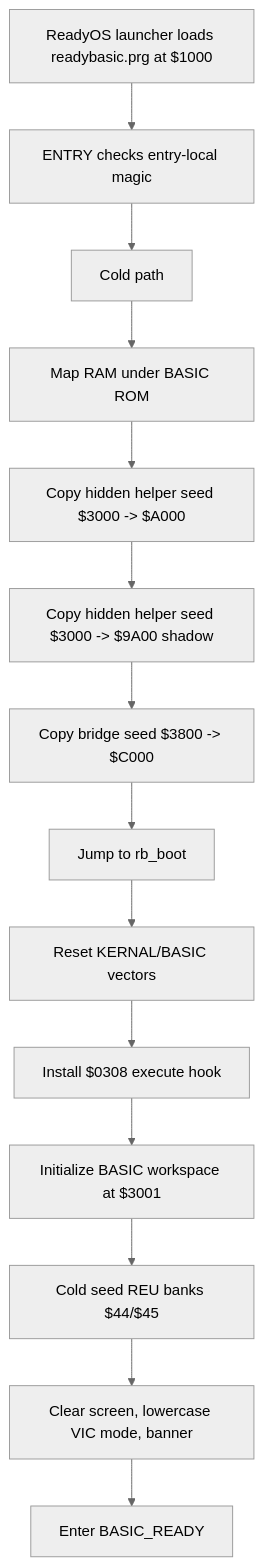
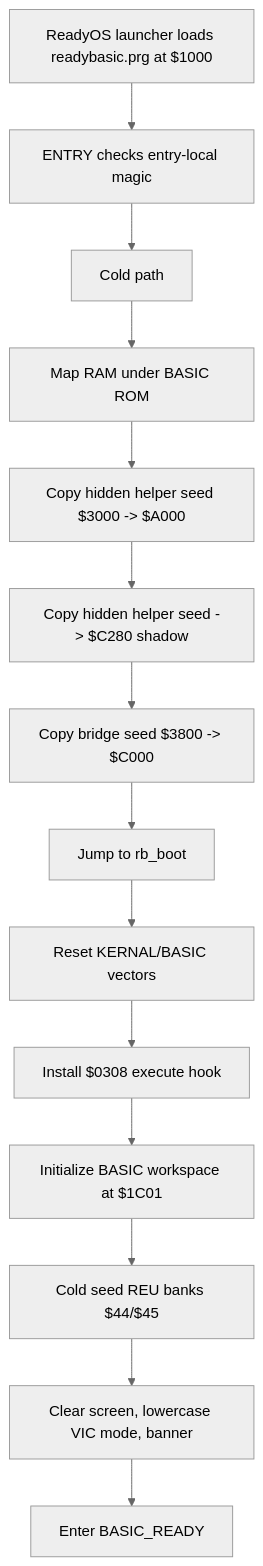
Before and after one commit to 123Onetwothree123/6502: the fourth of 8 diagrams in src/apps/readybasic/READYBASIC_LIFECYCLE_AND_REU_ARCHITECTURE.md, drawn with Mermaid (neutral theme). The commit also changed other lines of this file and 9 other files, not shown here.

````diff
--- a/src/apps/readybasic/READYBASIC_LIFECYCLE_AND_REU_ARCHITECTURE.md
+++ b/src/apps/readybasic/READYBASIC_LIFECYCLE_AND_REU_ARCHITECTURE.md
@@ -209,19 +211,19 @@
 ```mermaid
 flowchart TD
   L["ReadyOS launcher loads readybasic.prg at $1000"]
   E["ENTRY checks entry-local magic"]
   C["Cold path"]
   H1["Map RAM under BASIC ROM"]
   H2["Copy hidden helper seed $3000 -> $A000"]
-  H3["Copy hidden helper seed $3000 -> $9A00 shadow"]
+  H3["Copy hidden helper seed -> $C280 shadow"]
   B1["Copy bridge seed $3800 -> $C000"]
   RB["Jump to rb_boot"]
   V["Reset KERNAL/BASIC vectors"]
   I["Install $0308 execute hook"]
-  W["Initialize BASIC workspace at $3001"]
+  W["Initialize BASIC workspace at $1C01"]
   S["Cold seed REU banks $44/$45"]
   P["Clear screen, lowercase VIC mode, banner"]
   R["Enter BASIC_READY"]
 
   L --> E --> C --> H1 --> H2 --> H3 --> B1 --> RB --> V --> I --> W --> S --> P --> R
 ```
````
